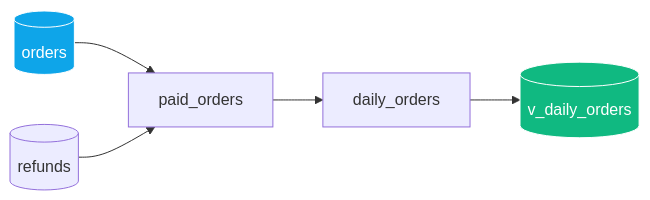
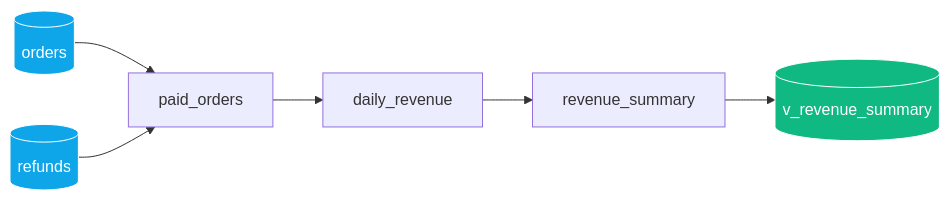
The diagram in docs-site/guide/tutorial.md (Tzinny-dev/strata), drawn with Mermaid before and after one commit. The commit also changed 8 other files, not shown here.

````diff
--- a/docs-site/guide/tutorial.md
+++ b/docs-site/guide/tutorial.md
@@ -3,9 +3,11 @@
 ```mermaid
 flowchart LR
   S1[(orders)] --> M1[paid_orders]
   S2[(refunds)] --> M1
-  M1 --> M2[daily_orders]
-  M2 --> V1[(v_daily_orders)]
+  M1 --> M2[daily_revenue]
+  M2 --> M3[revenue_summary]
+  M3 --> V1[(v_revenue_summary)]
   style S1 fill:#0ea5e9,stroke:#fff,color:#fff
+  style S2 fill:#0ea5e9,stroke:#fff,color:#fff
   style V1 fill:#10b981,stroke:#fff,color:#fff
 ```
````
